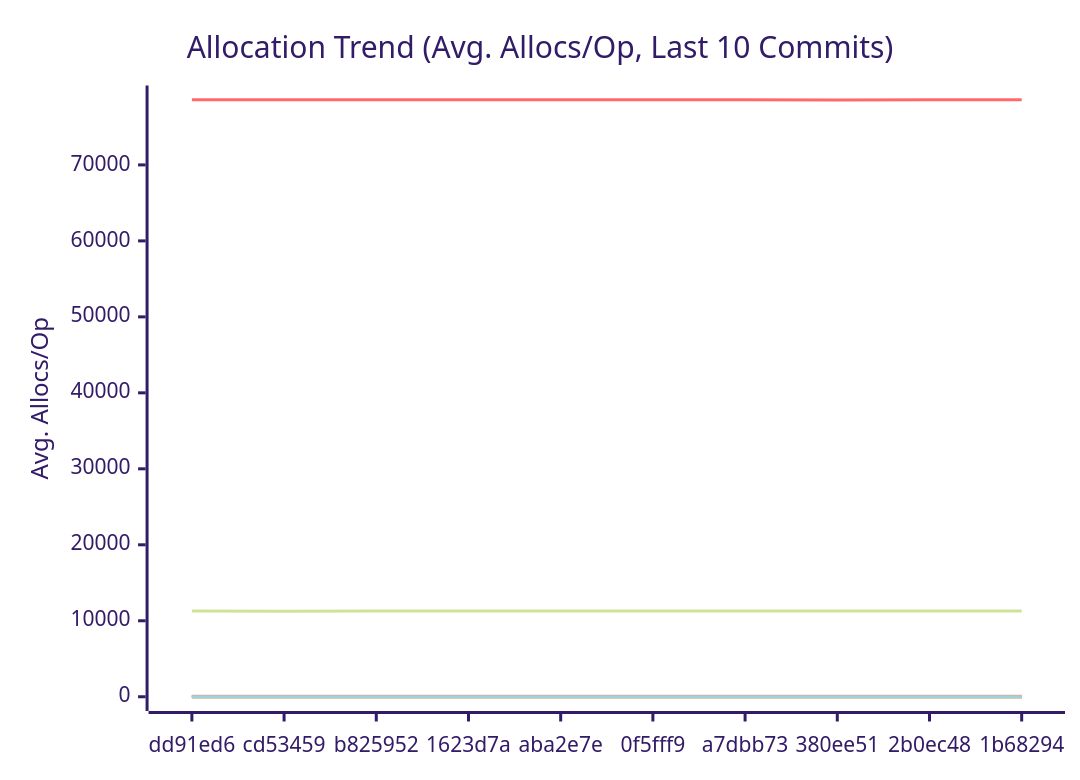
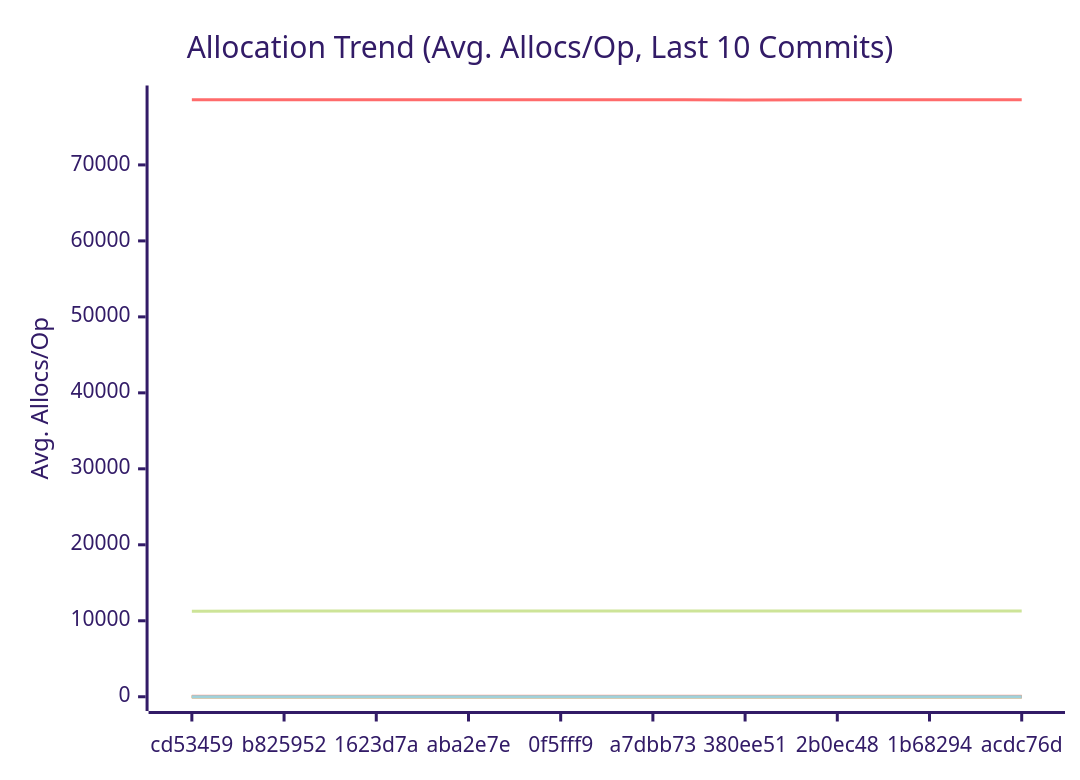
One commit to alsotoes/momo changed the third of 3 diagrams in docs/PERFORMANCE.md. Above: the diagram before and after it, drawn with Mermaid (forest theme). The commit also changed other lines of this file and 1 other file, not shown here.

````diff
--- a/docs/PERFORMANCE.md
+++ b/docs/PERFORMANCE.md
@@ -197,20 +197,20 @@
 ```mermaid
 xychart-beta
     title "Allocation Trend (Avg. Allocs/Op, Last 10 Commits)"
     x-axis "Commit"
     y-axis "Avg. Allocs/Op"
-    x-axis [dd91ed6,cd53459,b825952,1623d7a,aba2e7e,0f5fff9,a7dbb73,380ee51,2b0ec48,1b68294]
-    line "AWSChunkedReaderSigned" [11271,11265,11282,11278,11284,11272,11270,11273,11273,11295]
-    line "AWSChunkedReaderUnsigned" [78564,78564,78577,78562,78561,78569,78563,78558,78562,78566]
+    x-axis [cd53459,b825952,1623d7a,aba2e7e,0f5fff9,a7dbb73,380ee51,2b0ec48,1b68294,acdc76d]
+    line "AWSChunkedReaderSigned" [11265,11282,11278,11284,11272,11270,11273,11273,11295,11285]
+    line "AWSChunkedReaderUnsigned" [78564,78577,78562,78561,78569,78563,78558,78562,78566,78572]
     line "CheckMetricsAndSwap" [0,0,0,0,0,0,0,0,0,0]
     line "CrushOptimized" [0,0,0,0,0,0,0,0,0,0]
     line "CrushOriginal" [3,3,3,3,3,3,3,3,3,3]
     line "IndexDirectTracking" [0,0,0,0,0,0,0,0,0,0]
     line "IndexSearch" [0,0,0,0,0,0,0,0,0,0]
     line "LoadGlobalConfig" [54,54,54,54,54,54,54,54,54,54]
     line "PadString" [1,1,1,1,1,1,1,1,1,1]
     line "ParseReplicationOrder_NoPrealloc" [6,6,6,6,6,5,5,5,5,5]
     line "ParseReplicationOrder_Prealloc" [2,2,2,2,2,1,1,1,1,1]
     line "SanitizeLog/Safe" [0,0,0,0,0,0,0,0,0,0]
     line "SanitizeLog/Unsafe" [1,1,1,1,1,1,1,1,1,1]
 ```
````
